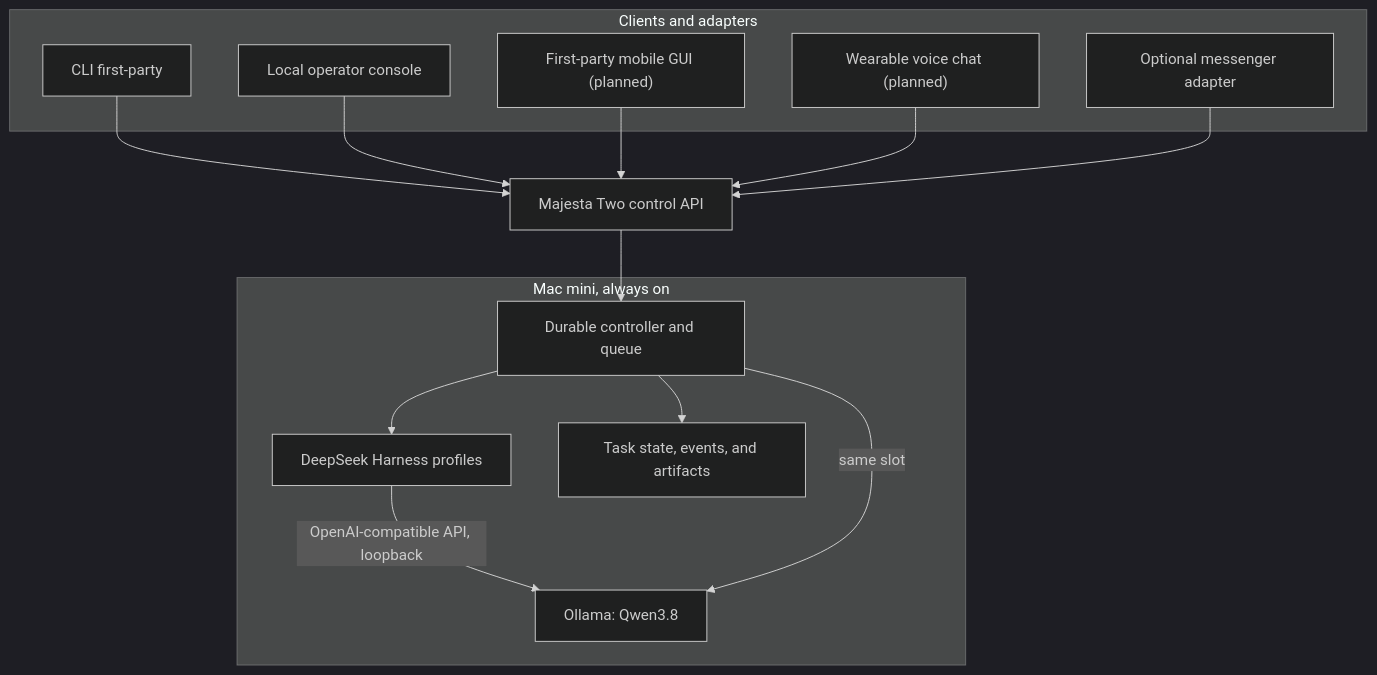
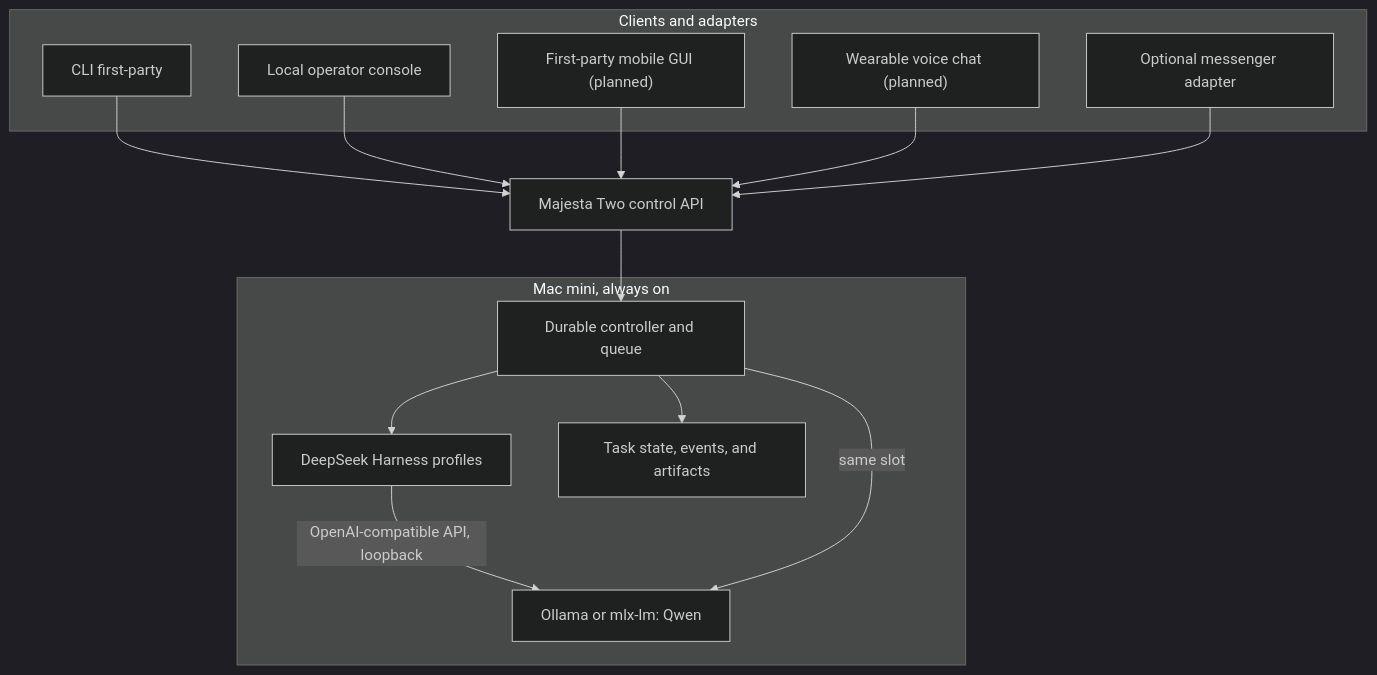
The first of 3 diagrams in docs/architecture.md (MajestaNet/two), drawn with Mermaid (dark theme) before and after one commit. The commit also changed other lines of this file and 28 other files, not shown here.

````diff
--- a/docs/architecture.md
+++ b/docs/architecture.md
@@ -114,22 +114,22 @@
 ```mermaid
 flowchart TB
     subgraph Channels["Clients and adapters"]
         CLI["CLI first-party"]
         CONSOLE["Local operator console"]
         MOBILE["First-party mobile GUI (planned)"]
         VOICE["Wearable voice chat (planned)"]
         MSG["Optional messenger adapter"]
     end
     CLI --> API["Majesta Two control API"]
     CONSOLE --> API
     MOBILE --> API
     VOICE --> API
     MSG --> API
     API --> C["Durable controller and queue"]
     subgraph Mini["Mac mini, always on"]
         C --> H["DeepSeek Harness profiles"]
         C --> S["Task state, events, and artifacts"]
-        H -->|"OpenAI-compatible API, loopback"| M["Ollama: Qwen3.8"]
+        H -->|"OpenAI-compatible API, loopback"| M["Ollama or mlx-lm: Qwen"]
         C -->|"same slot"| M
     end
 ```
````
